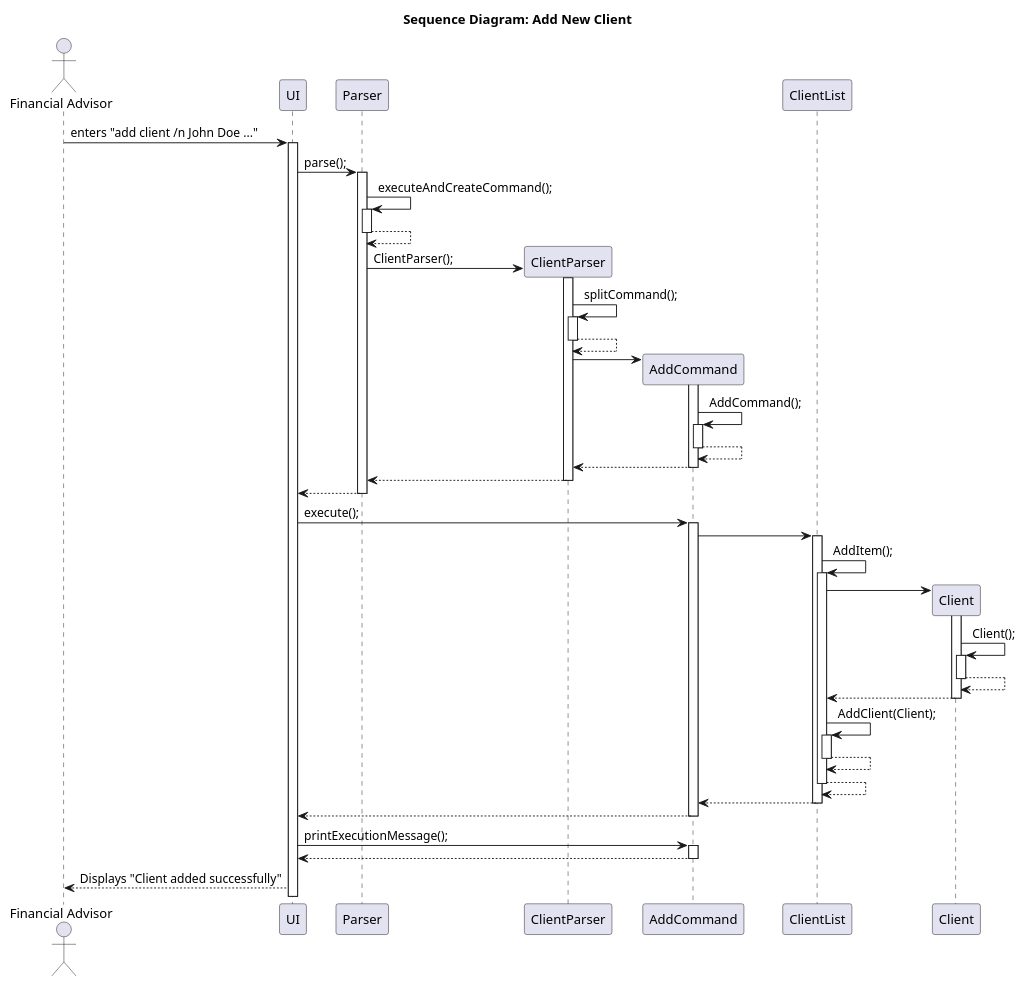
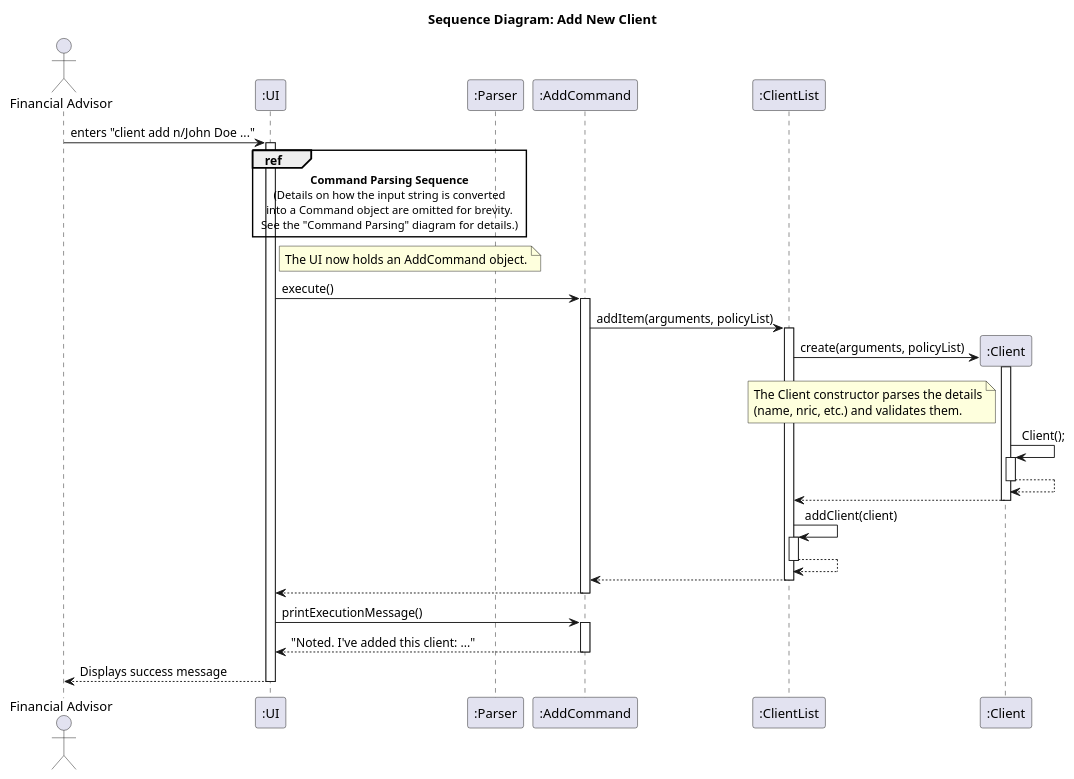
The diagram in docs/umldiagrams/clientsequence.puml (ZT712002/tp), drawn with PlantUML before and after one commit. The commit also changed 6 other files, not shown here.

Commit message:
Abstract Parser Sequence

```diff
--- a/docs/umldiagrams/clientsequence.puml
+++ b/docs/umldiagrams/clientsequence.puml
@@ -1,82 +1,58 @@
 @startuml
-
-
 title Sequence Diagram: Add New Client
 
+actor "Financial Advisor" as User
+participant UI as ":UI"
+participant Parser as ":Parser"
+participant Command as ":AddCommand"
+participant ClientList as ":ClientList"
+participant Client as ":Client"
 
-actor User as "Financial Advisor"
-participant UI
-participant Parser
-participant ClientParser
-participant Command as "AddCommand"
-participant ClientList
-participant Client
+User -> UI: enters "client add n/John Doe ..."
+activate UI
 
+ref over UI, Parser
+    **Command Parsing Sequence**
+    (Details on how the input string is converted
+    into a Command object are omitted for brevity.
+    See the "Command Parsing" diagram for details.)
+end ref
 
-User -> UI: enters "add client /n John Doe ..."
-activate UI
-UI -> Parser :parse();
-activate Parser
+note right of UI: The UI now holds an AddCommand object.
 
+UI-> Command : execute()
+activate Command
 
-    Parser -> Parser: executeAndCreateCommand();
-    activate Parser
-    Parser --> Parser:
-    deactivate Parser
-    Parser -> ClientParser**: ClientParser();
-    activate ClientParser
+Command -> ClientList: addItem(arguments, policyList)
+activate ClientList
 
-    ClientParser -> ClientParser:splitCommand();
-    activate ClientParser
-    ClientParser --> ClientParser
-    deactivate ClientParser
+ClientList -> Client**: create(arguments, policyList)
+activate Client
+note left of Client: The Client constructor parses the details\n(name, nric, etc.) and validates them.
+Client -> Client: Client();
+activate Client
+Client --> Client
+deactivate Client
+Client -->ClientList
+deactivate Client
 
-    ClientParser -> Command**:
-    activate Command
-    Command -> Command:AddCommand();
-    activate Command
-    Command --> Command
-    deactivate Command
-    Command -->ClientParser
-    deactivate Command
-    ClientParser --> Parser
-    deactivate ClientParser
-    Parser --> UI
-    deactivate Parser
-    UI->Command :execute();
-    activate Command
-    Command -> ClientList
-    activate ClientList
-    ClientList -> ClientList:AddItem();
-    activate ClientList
+ClientList -> ClientList: addClient(client)
+activate ClientList
+ClientList --> ClientList
+deactivate ClientList
 
-    ClientList ->Client**
-    activate Client
+ClientList --> Command
+deactivate ClientList
 
-    Client -> Client: Client();
-    activate Client
-    Client -->Client
-    deactivate Client
-    Client -->ClientList
-    deactivate Client
-    ClientList -> ClientList: AddClient(Client);
-    activate ClientList
-    ClientList --> ClientList
-    deactivate ClientList
-    ClientList -->ClientList
-    deactivate ClientList
-    ClientList --> Command
-    deactivate ClientList
-    Command --> UI
-    deactivate Command
-    UI ->Command :printExecutionMessage();
-    Activate Command
-    Command --> UI
-    deactivate Command
+Command --> UI
+deactivate Command
 
+UI -> Command : printExecutionMessage()
+activate Command
+Command --> UI: "Noted. I've added this client: ..."
+deactivate Command
 
-    UI --> User: Displays "Client added successfully"
-
-deactivate Parser
+UI --> User: Displays success message
+deactivate UI
 
 @enduml
```
